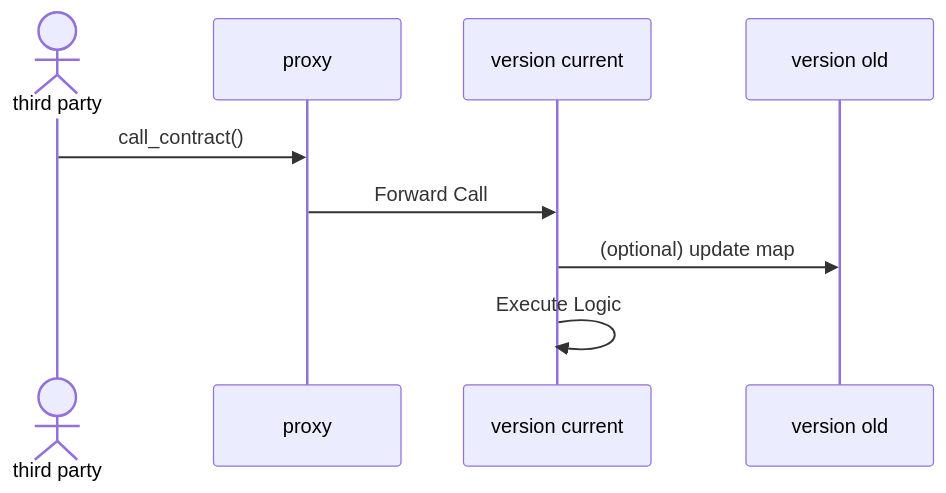
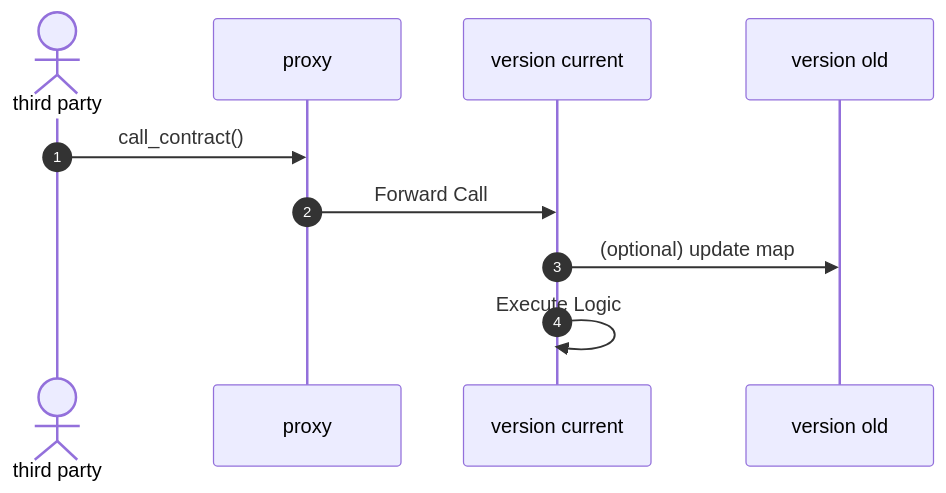
The second of 2 diagrams in README.md (smart-chain-fr/tzip18), drawn with Mermaid before and after one commit. The commit also changed other lines of this file, not shown here.

````diff
--- a/README.md
+++ b/README.md
@@ -44,11 +55,12 @@
 ```mermaid
 sequenceDiagram
+    autonumber
     actor third party
     participant proxy
     participant version current
     participant version old
     third party->>proxy: call_contract()
     proxy->>version current: Forward Call
     version current->>version old: (optional) update map 
     version current->>version current: Execute Logic 
 ```
````
